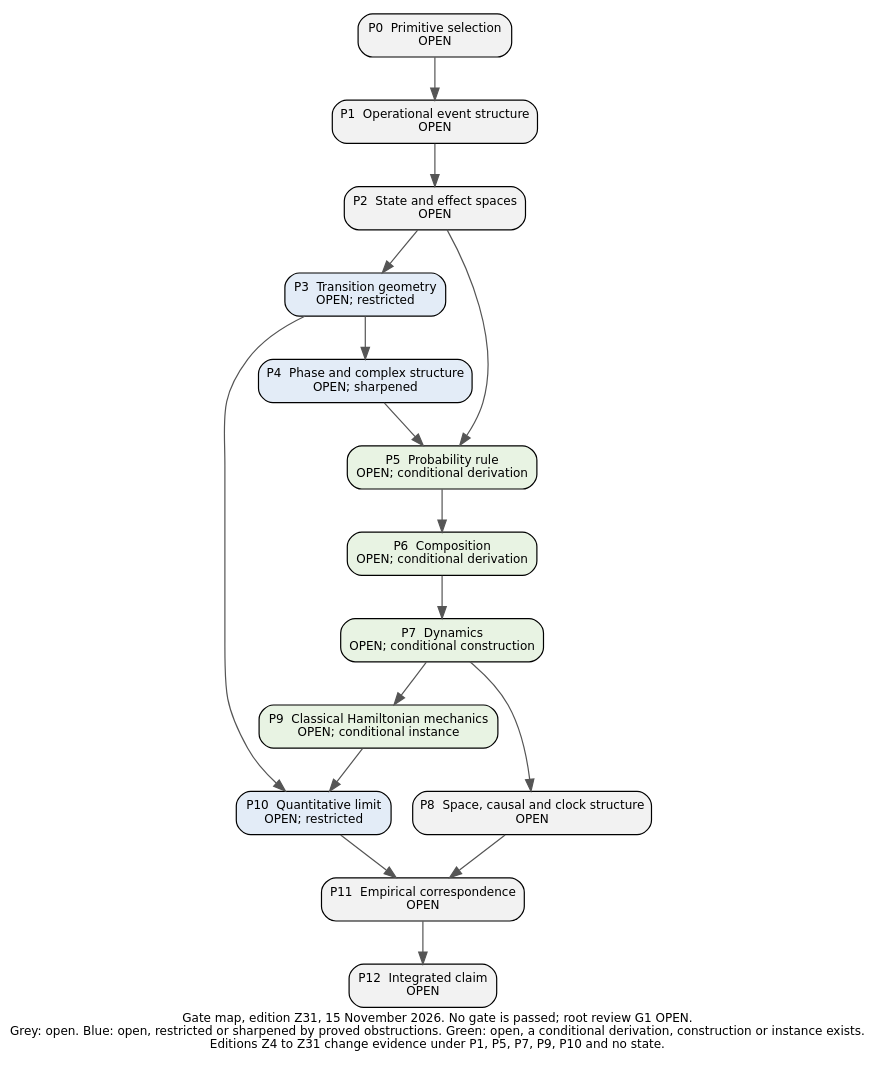
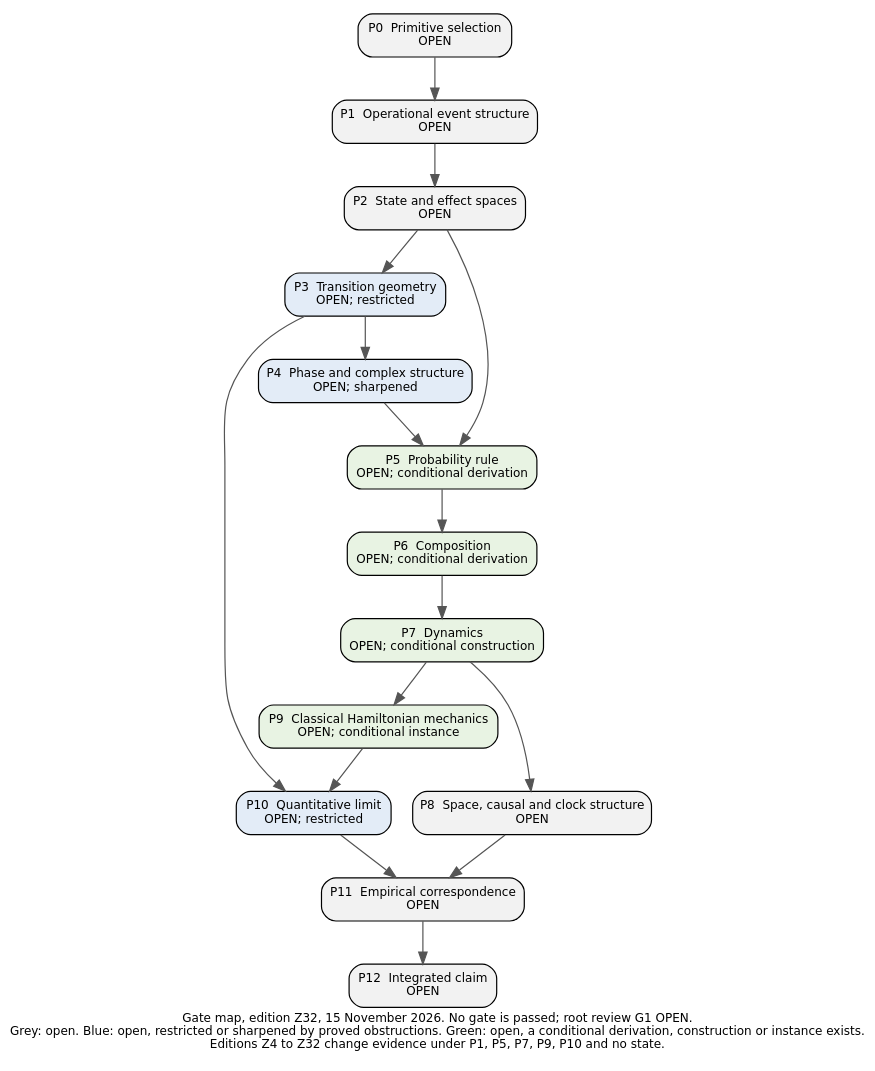
Before and after one commit to KirtusJ/From-Prephysical-Hypotheses-to-Physical-Models: the diagram in edition/PROGRAM/figures/Gate_Map_2026-11-13.dot, drawn with Graphviz. The commit also changed 93 other files, not shown here.

```diff
--- a/edition/PROGRAM/figures/Gate_Map_2026-11-13.dot
+++ b/edition/PROGRAM/figures/Gate_Map_2026-11-13.dot
@@ -1,30 +1,30 @@
-digraph G { rankdir=TB; node [shape=box, style="filled,rounded", fontname="DejaVu Sans", fontsize=10, margin="0.12,0.07"]; edge [color="#555555"]; label="Gate map, edition Z31, 15 November 2026. No gate is passed; root review G1 OPEN.\nGrey: open. Blue: open, restricted or sharpened by proved obstructions. Green: open, a conditional derivation, construction or instance exists.\nEditions Z4 to Z31 change evidence under P1, P5, P7, P9, P10 and no state."; fontname="DejaVu Sans"; fontsize=10; labelloc=b;
+digraph G { rankdir=TB; node [shape=box, style="filled,rounded", fontname="DejaVu Sans", fontsize=10, margin="0.12,0.07"]; edge [color="#555555"]; label="Gate map, edition Z32, 15 November 2026. No gate is passed; root review G1 OPEN.\nGrey: open. Blue: open, restricted or sharpened by proved obstructions. Green: open, a conditional derivation, construction or instance exists.\nEditions Z4 to Z32 change evidence under P1, P5, P7, P9, P10 and no state."; fontname="DejaVu Sans"; fontsize=10; labelloc=b;
 P0 [label="P0  Primitive selection\nOPEN", fillcolor="#f2f2f2"];
 P1 [label="P1  Operational event structure\nOPEN", fillcolor="#f2f2f2"];
 P2 [label="P2  State and effect spaces\nOPEN", fillcolor="#f2f2f2"];
 P3 [label="P3  Transition geometry\nOPEN; restricted", fillcolor="#e3ecf7"];
 P4 [label="P4  Phase and complex structure\nOPEN; sharpened", fillcolor="#e3ecf7"];
 P5 [label="P5  Probability rule\nOPEN; conditional derivation", fillcolor="#e8f3e3"];
 P6 [label="P6  Composition\nOPEN; conditional derivation", fillcolor="#e8f3e3"];
 P7 [label="P7  Dynamics\nOPEN; conditional construction", fillcolor="#e8f3e3"];
 P8 [label="P8  Space, causal and clock structure\nOPEN", fillcolor="#f2f2f2"];
 P9 [label="P9  Classical Hamiltonian mechanics\nOPEN; conditional instance", fillcolor="#e8f3e3"];
 P10 [label="P10  Quantitative limit\nOPEN; restricted", fillcolor="#e3ecf7"];
 P11 [label="P11  Empirical correspondence\nOPEN", fillcolor="#f2f2f2"];
 P12 [label="P12  Integrated claim\nOPEN", fillcolor="#f2f2f2"];
 P0 -> P1;
 P1 -> P2;
 P2 -> P3;
 P3 -> P4;
 P2 -> P5;
 P4 -> P5;
 P5 -> P6;
 P6 -> P7;
 P7 -> P8;
 P7 -> P9;
 P3 -> P10;
 P9 -> P10;
 P8 -> P11;
 P10 -> P11;
 P11 -> P12;
 }
```
